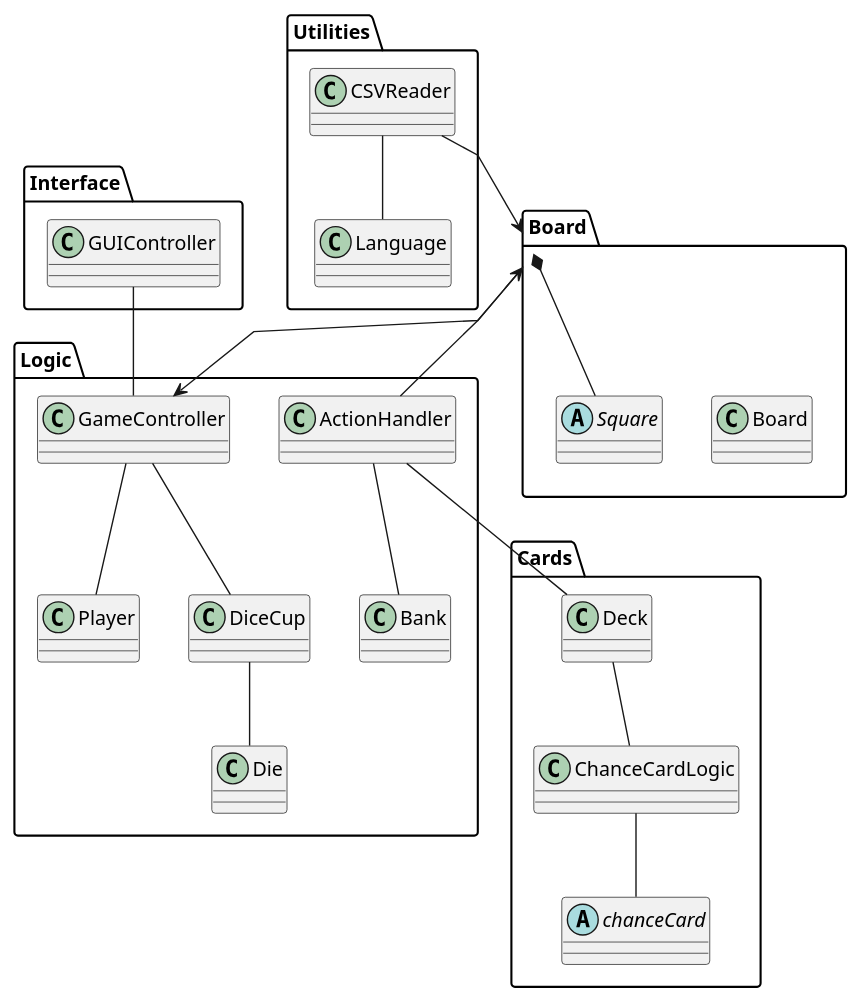
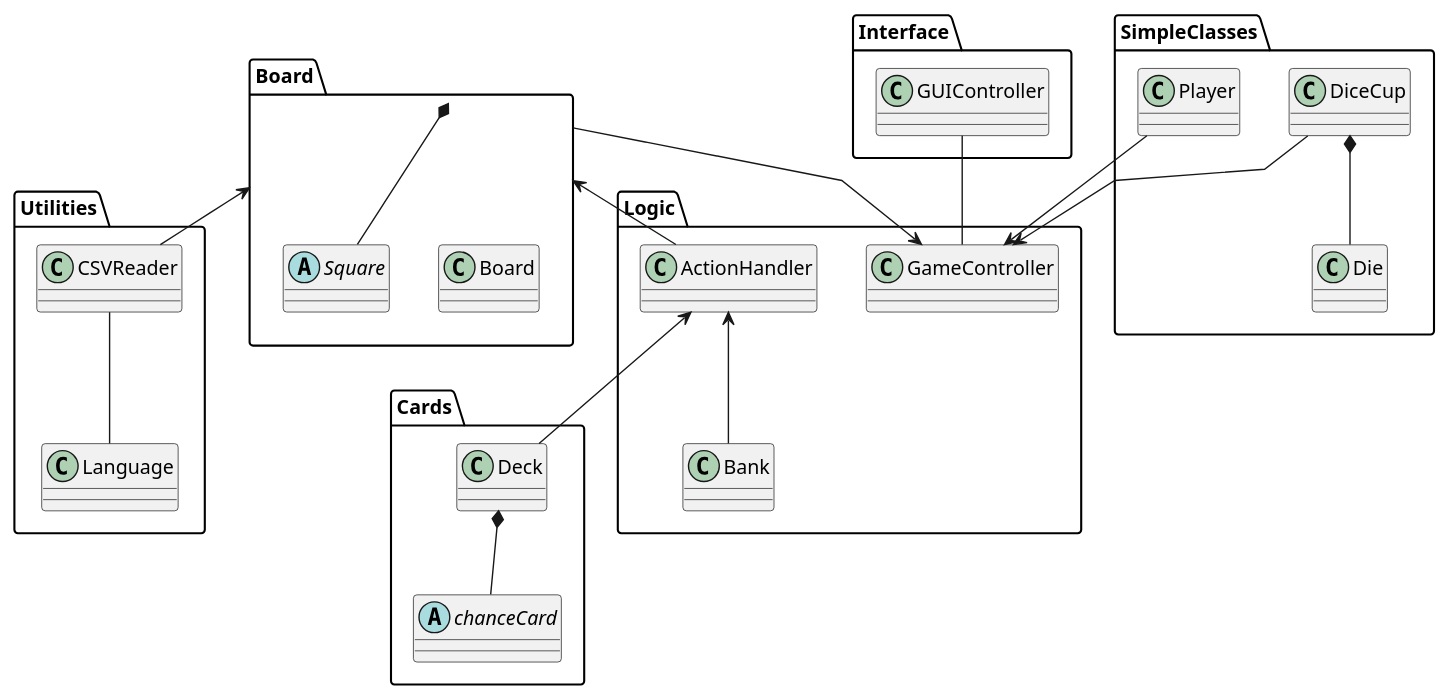
The diagram in diagrams/Design_Class_Diagram_Without_Relations.puml (Greve2001/CDIO-final), drawn with PlantUML before and after one commit.

```diff
--- a/diagrams/Design_Class_Diagram_Without_Relations.puml
+++ b/diagrams/Design_Class_Diagram_Without_Relations.puml
@@ -1,80 +1,82 @@
 @startuml
 'https://plantuml.com/class-diagram
 skinparam groupInheritance 2
 
 skinparam linetype polyline
 
 package Board
 {
      class Board {
     }
      abstract class Square {
      }
 }
 package Cards
 {
    abstract class chanceCard{
    }
    class Deck{
    }
-   class ChanceCardLogic{
-   }
-
 }
 
 package Logic{
-     class Player{
-     }
-     class Die {
-     }
-
-     class DiceCup {
-     }
      class Bank {
      }
      class ActionHandler {
      }
      class GameController {
      }
 }
 package Interface{
 class GUIController{
 
 }
 
 }
 package Utilities
 {
   class CSVReader{
   }
   class Language{
   }
 }
+package SimpleClasses{
+class Player{
+     }
+     class Die {
+     }
+
+     class DiceCup {
+     }
+
+
+}
 
 
 
 GameController -u- GUIController
-Bank -u- ActionHandler
-GameController -- DiceCup
-DiceCup -- Die
-GameController -d- Player
+Bank -u-> ActionHandler
+GameController <-u- DiceCup
+DiceCup *-- Die
+GameController <-u- Player
 
-ActionHandler -d- Deck
+ActionHandler <-d- Deck
 GameController <-u- Board
 Board *-d- Square
 
 
-Deck -- ChanceCardLogic
-ChanceCardLogic -- chanceCard
 
 
-Board <-u- CSVReader
+Deck *-- chanceCard
+
+
+Board <-d- CSVReader
 Board <- ActionHandler
 CSVReader -- Language
 
 
 
 
 
 
 @enduml
```
